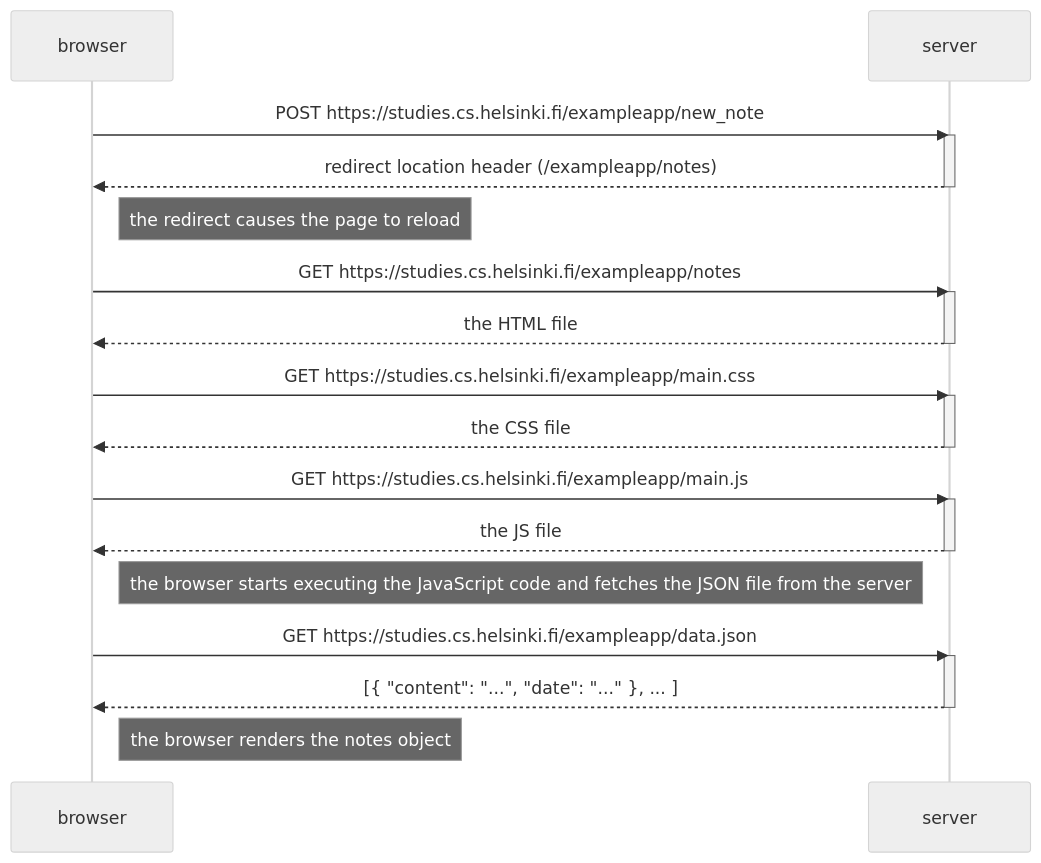
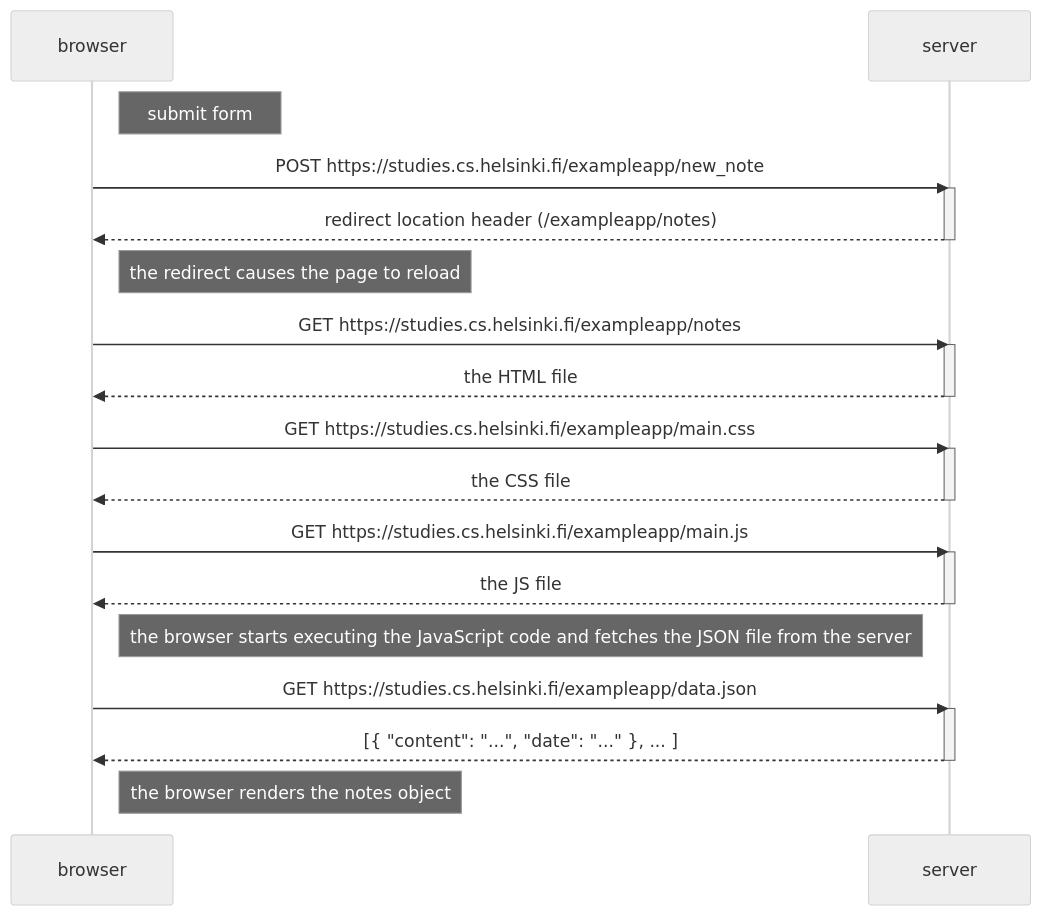
One commit to joshuatighe/fullstackopen changed the diagram in part0/0.4.md. Above: the diagram before and after it, drawn with Mermaid (neutral theme).

````diff
--- a/part0/0.4.md
+++ b/part0/0.4.md
@@ -1,36 +1,38 @@
 ```mermaid
 sequenceDiagram
   participant browser
   participant server
+
+  Note right of browser: submit form
 
   browser->>server: POST https://studies.cs.helsinki.fi/exampleapp/new_note
   activate server
   server-->>browser: redirect location header (/exampleapp/notes)
   deactivate server
 
   Note right of browser: the redirect causes the page to reload
 
   browser->>server: GET https://studies.cs.helsinki.fi/exampleapp/notes
   activate server
   server-->>browser: the HTML file
   deactivate server
 
   browser->>server: GET https://studies.cs.helsinki.fi/exampleapp/main.css
   activate server
   server-->>browser: the CSS file
   deactivate server
 
   browser->>server: GET https://studies.cs.helsinki.fi/exampleapp/main.js
   activate server
   server-->>browser: the JS file
   deactivate server
 
   Note right of browser: the browser starts executing the JavaScript code and fetches the JSON file from the server
 
   browser->>server: GET https://studies.cs.helsinki.fi/exampleapp/data.json
   activate server
   server-->>browser: [{ "content": "...", "date": "..." }, ... ]
   deactivate server
 
   Note right of browser: the browser renders the notes object
 ```
````
